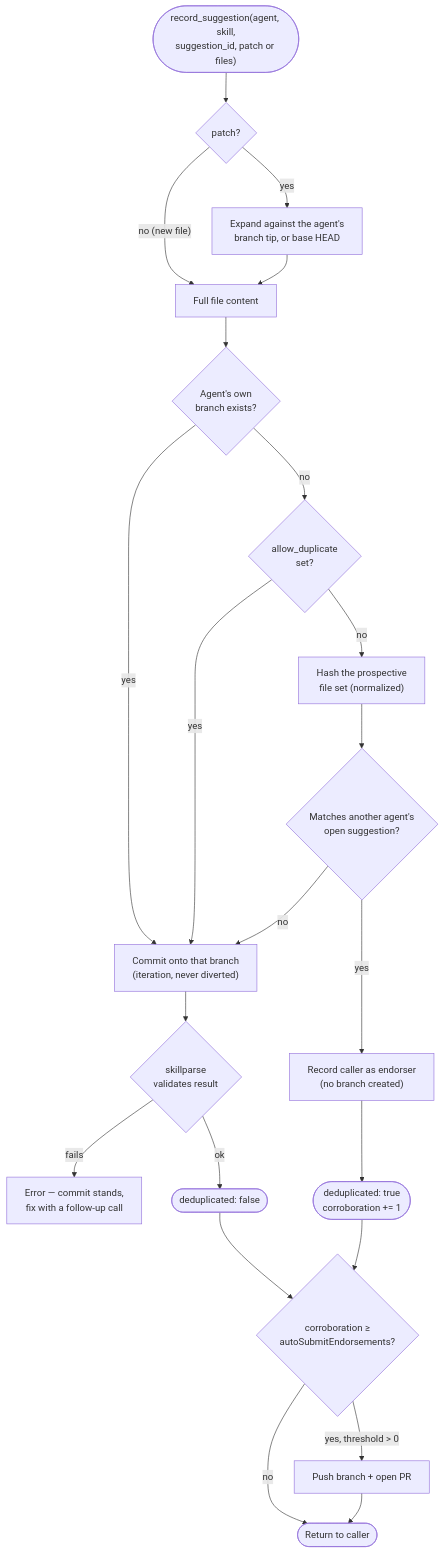
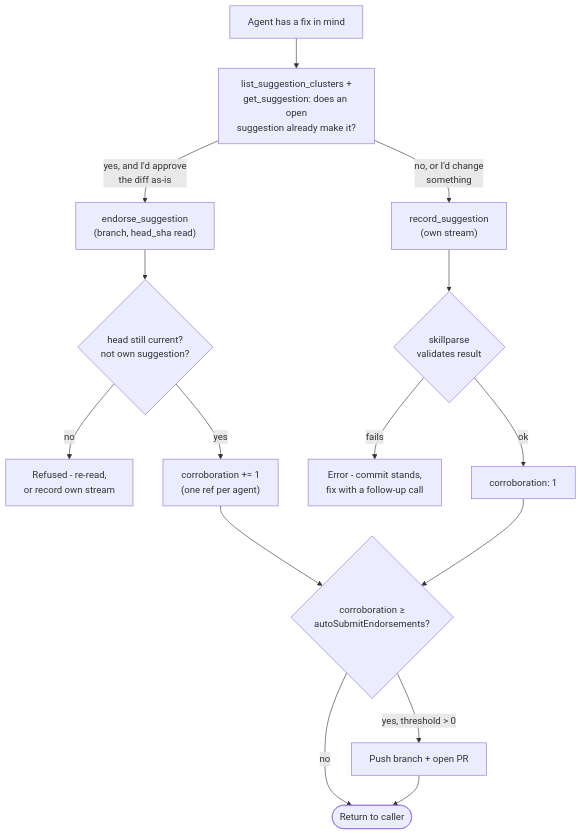
The first of 2 diagrams in docs/skillsd-registry.md (araghukas/skillset), drawn with Mermaid before and after one commit. The commit also changed other lines of this file and 25 other files, not shown here.

````diff
--- a/docs/skillsd-registry.md
+++ b/docs/skillsd-registry.md
@@ -83,32 +87,20 @@
 ```mermaid
 flowchart TD
-  In(["record_suggestion(agent, skill,\nsuggestion_id, patch or files)"]) --> Form{"patch?"}
-  Form -- yes --> Expand["Expand against the agent's\nbranch tip, or base HEAD"]
-  Form -- "no (new file)" --> Start
-  Expand --> Start
+  Found["Agent has a fix in mind"] --> Check["list_suggestion_clusters +\nget_suggestion: does an open\nsuggestion already make it?"]
+  Check -- "yes, and I'd approve\nthe diff as-is" --> Endorse["endorse_suggestion\n(branch, head_sha read)"]
+  Check -- "no, or I'd change\nsomething" --> Record["record_suggestion\n(own stream)"]
 
-  Start["Full file content"] --> OwnBranch{"Agent's own\nbranch exists?"}
+  Endorse --> Guard{"head still current?\nnot own suggestion?"}
+  Guard -- no --> Refused["Refused - re-read,\nor record own stream"]
+  Guard -- yes --> Count["corroboration += 1\n(one ref per agent)"]
 
-  OwnBranch -- yes --> Commit["Commit onto that branch\n(iteration, never diverted)"]
-  OwnBranch -- no --> AllowDup{"allow_duplicate\nset?"}
+  Record --> Validate{"skillparse\nvalidates result"}
+  Validate -- fails --> Invalid["Error - commit stands,\nfix with a follow-up call"]
+  Validate -- ok --> One["corroboration: 1"]
 
-  AllowDup -- yes --> Commit
-  AllowDup -- no --> Hash["Hash the prospective\nfile set (normalized)"]
-
-  Hash --> Match{"Matches another agent's\nopen suggestion?"}
-
-  Match -- no --> Commit
-  Match -- yes --> Endorse["Record caller as endorser\n(no branch created)"]
-
-  Commit --> Validate{"skillparse\nvalidates result"}
-  Validate -- fails --> Invalid["Error — commit stands,\nfix with a follow-up call"]
-  Validate -- ok --> OwnResult(["deduplicated: false"])
-
-  Endorse --> DupResult(["deduplicated: true\ncorroboration += 1"])
-
-  OwnResult --> AutoCheck{"corroboration ≥\nautoSubmitEndorsements?"}
-  DupResult --> AutoCheck
+  Count --> AutoCheck{"corroboration ≥\nautoSubmitEndorsements?"}
+  One --> AutoCheck
   AutoCheck -- "yes, threshold > 0" --> AutoPR["Push branch + open PR"]
   AutoCheck -- no --> Done(["Return to caller"])
   AutoPR --> Done
 ```
````
